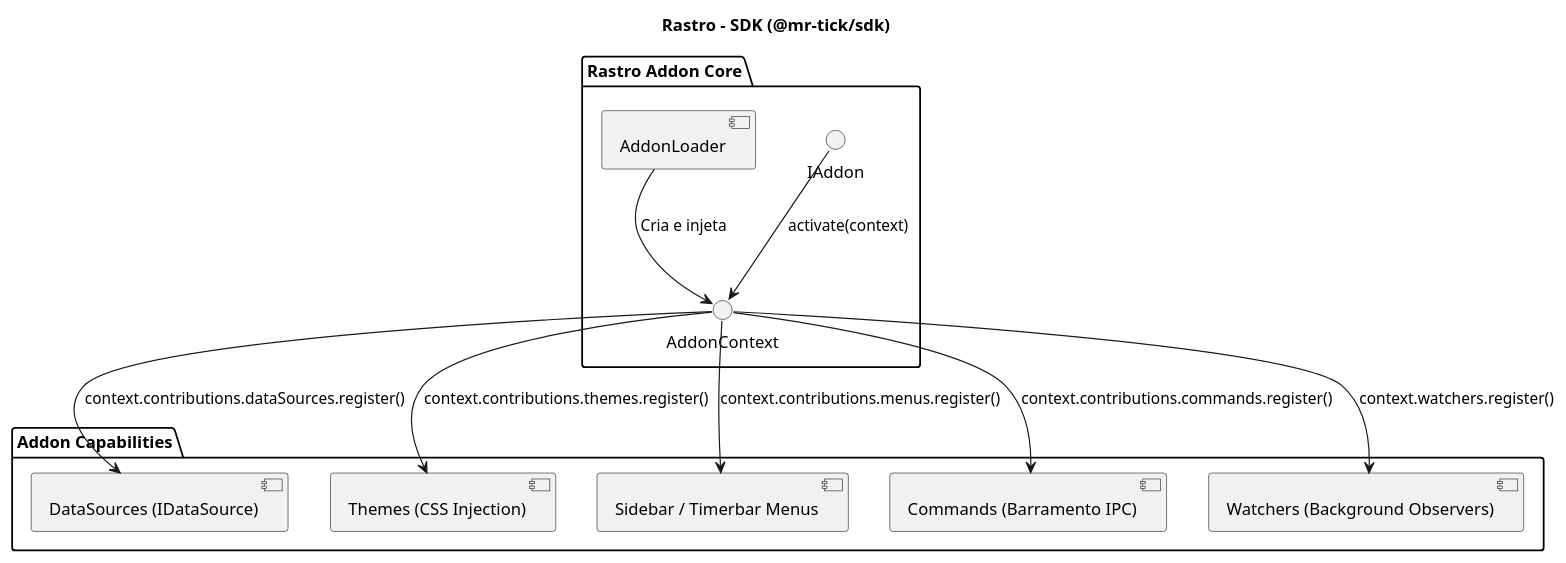
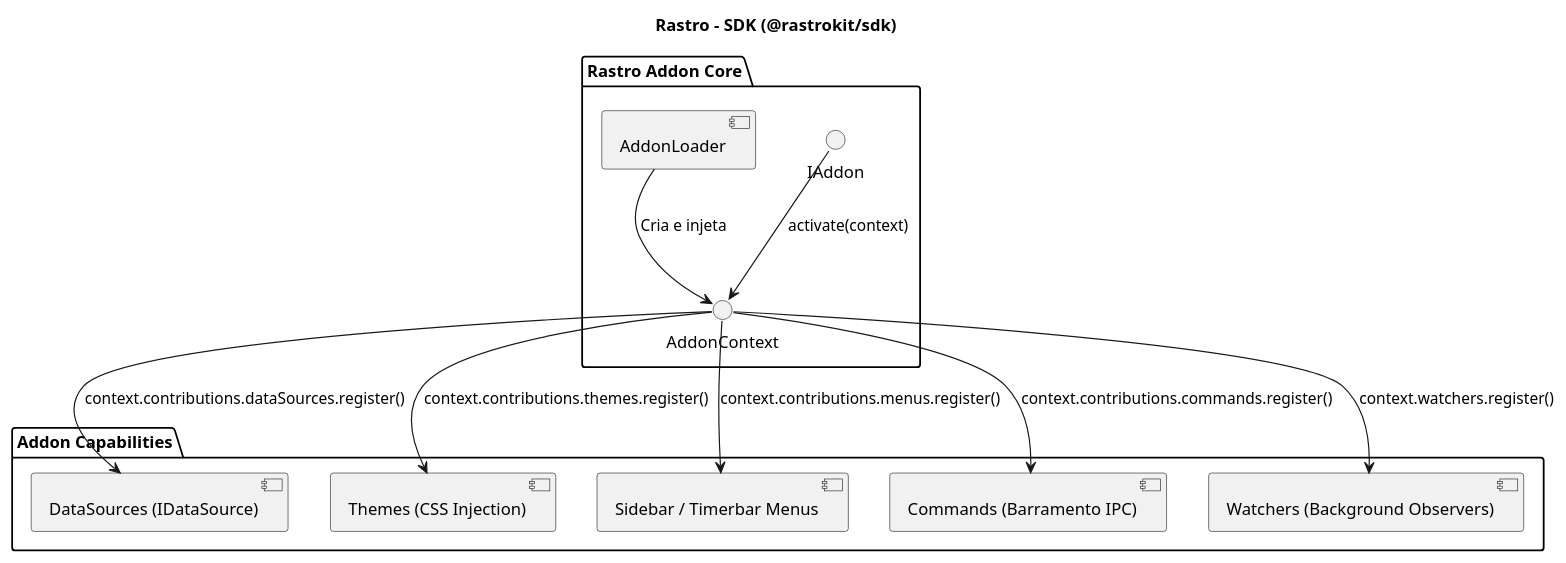
One commit to Gustavohps10/rastro changed the diagram in docs/srs/diagrams/puml/component/diagram-component-001-custom-extensions.puml. Above: the diagram before and after it, drawn with PlantUML. The commit also changed 645 other files, not shown here.

```diff
--- a/docs/srs/diagrams/puml/component/diagram-component-001-custom-extensions.puml
+++ b/docs/srs/diagrams/puml/component/diagram-component-001-custom-extensions.puml
@@ -1,25 +1,25 @@
 @startuml ComponentCustomExtensions
-title Rastro - SDK (@mr-tick/sdk)
+title Rastro - SDK (@rastrokit/sdk)
 
 package "Rastro Addon Core" {
     interface "IAddon" as IAddon
     interface "AddonContext" as AddonCtx
     component [AddonLoader] as Loader
 }
 
 package "Addon Capabilities" {
     [DataSources (IDataSource)] as DS
     [Themes (CSS Injection)] as Themes
     [Sidebar / Timerbar Menus] as Menus
     [Commands (Barramento IPC)] as Cmds
     [Watchers (Background Observers)] as Watchers
 }
 
 Loader --> AddonCtx : Cria e injeta
 IAddon --> AddonCtx : activate(context)
 AddonCtx --> DS : context.contributions.dataSources.register()
 AddonCtx --> Themes : context.contributions.themes.register()
 AddonCtx --> Menus : context.contributions.menus.register()
 AddonCtx --> Cmds : context.contributions.commands.register()
 AddonCtx --> Watchers : context.watchers.register()
 @enduml
```
